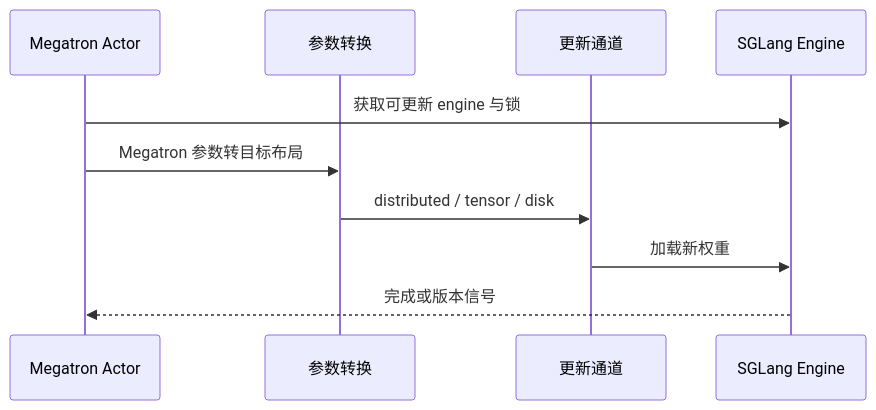
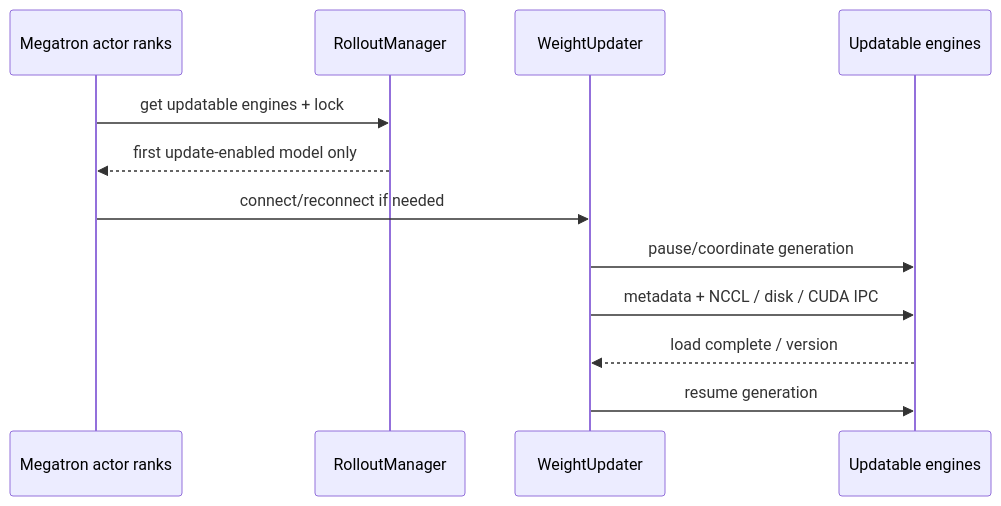
The third of 3 diagrams in slime_reading/导读与总览/Slime-业务流程.md (OnlyHero5/sglang-reading-vault), drawn with Mermaid before and after one commit. The commit also changed other lines of this file and 512 other files, not shown here.

````diff
--- a/slime_reading/导读与总览/Slime-业务流程.md
+++ b/slime_reading/导读与总览/Slime-业务流程.md
@@ -176,13 +185,15 @@
 ```mermaid
 sequenceDiagram
-    participant A as Megatron Actor
-    participant C as 参数转换
-    participant U as 更新通道
-    participant E as SGLang Engine
+    participant A as Megatron actor ranks
+    participant RM as RolloutManager
+    participant U as WeightUpdater
+    participant E as Updatable engines
 
-    A->>E: 获取可更新 engine 与锁
-    A->>C: Megatron 参数转目标布局
-    C->>U: distributed / tensor / disk
-    U->>E: 加载新权重
-    E-->>A: 完成或版本信号
+    A->>RM: get updatable engines + lock
+    RM-->>A: first update-enabled model only
+    A->>U: connect/reconnect if needed
+    U->>E: pause/coordinate generation
+    U->>E: metadata + NCCL / disk / CUDA IPC
+    E-->>U: load complete / version
+    U->>E: resume generation
 ```
````
